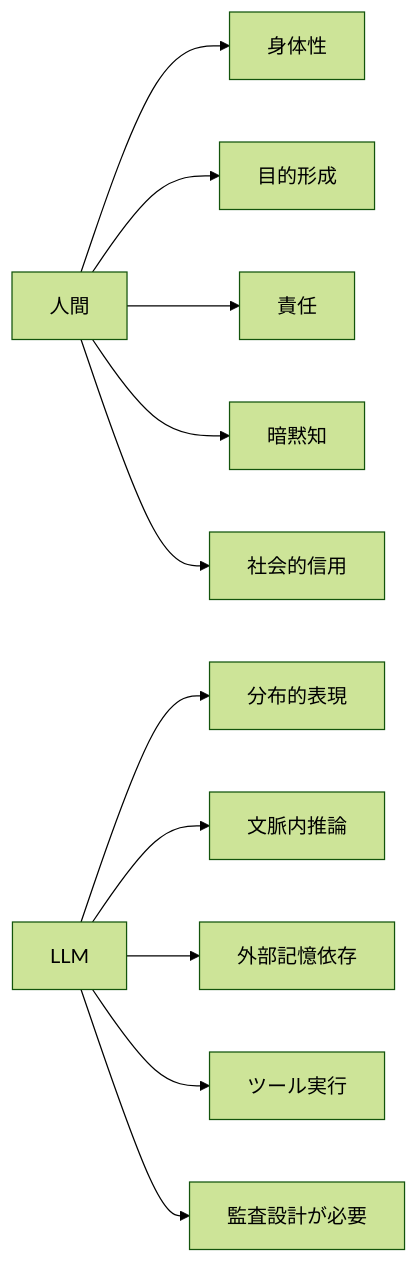
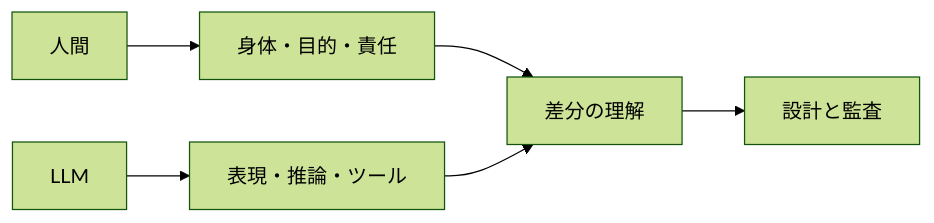
The fourth of 13 diagrams in src/content/blog/ai-llm-ontology-memory.mdx (daylight55/research), drawn with Mermaid (forest theme) before and after one commit. The commit also changed other lines of this file and 20 other files, not shown here.

Commit message:
Mermaid図の表示サイズを調整

````diff
--- a/src/content/blog/ai-llm-ontology-memory.mdx
+++ b/src/content/blog/ai-llm-ontology-memory.mdx
@@ -155,14 +150,8 @@
 ```mermaid
 flowchart LR
-  H["人間"] --> H1["身体性"]
-  H --> H2["目的形成"]
-  H --> H3["責任"]
-  H --> H4["暗黙知"]
-  H --> H5["社会的信用"]
-
-  L["LLM"] --> L1["分布的表現"]
-  L --> L2["文脈内推論"]
-  L --> L3["外部記憶依存"]
-  L --> L4["ツール実行"]
-  L --> L5["監査設計が必要"]
+  H["人間"] --> HC["身体・目的・責任"]
+  L["LLM"] --> LC["表現・推論・ツール"]
+  HC --> G["差分の理解"]
+  LC --> G
+  G --> D["設計と監査"]
 ```
````
